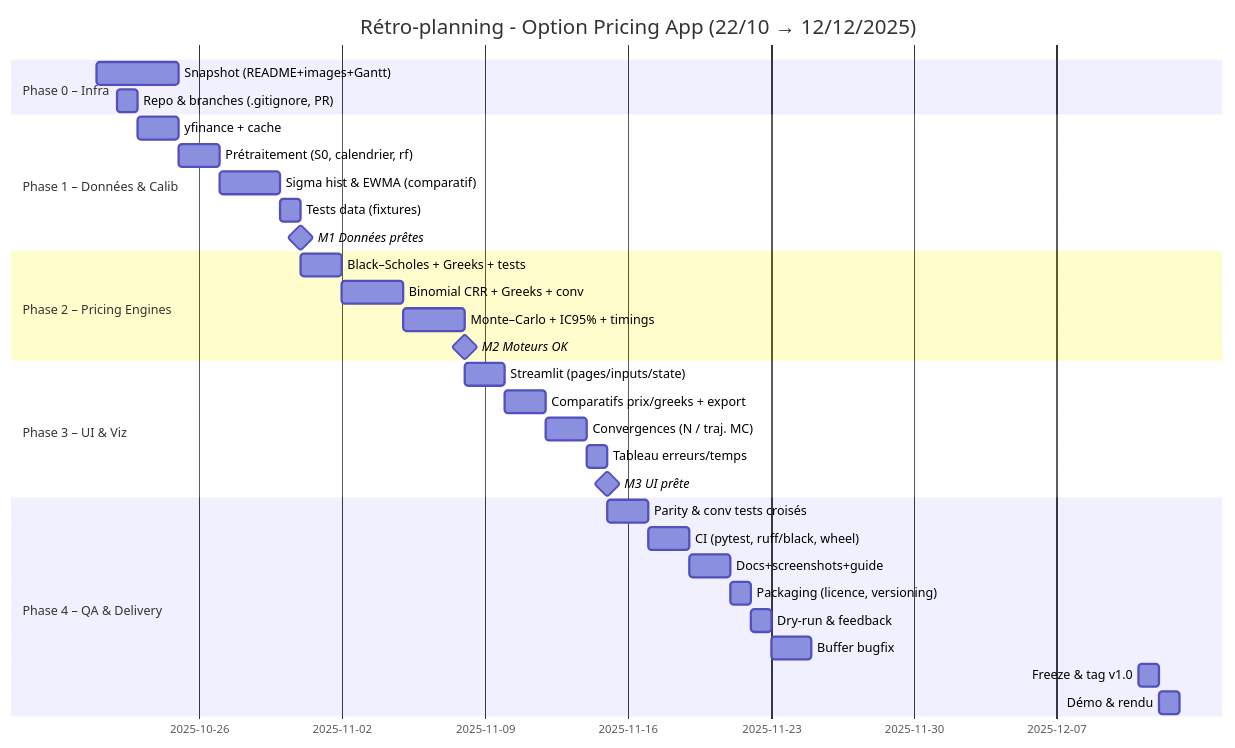
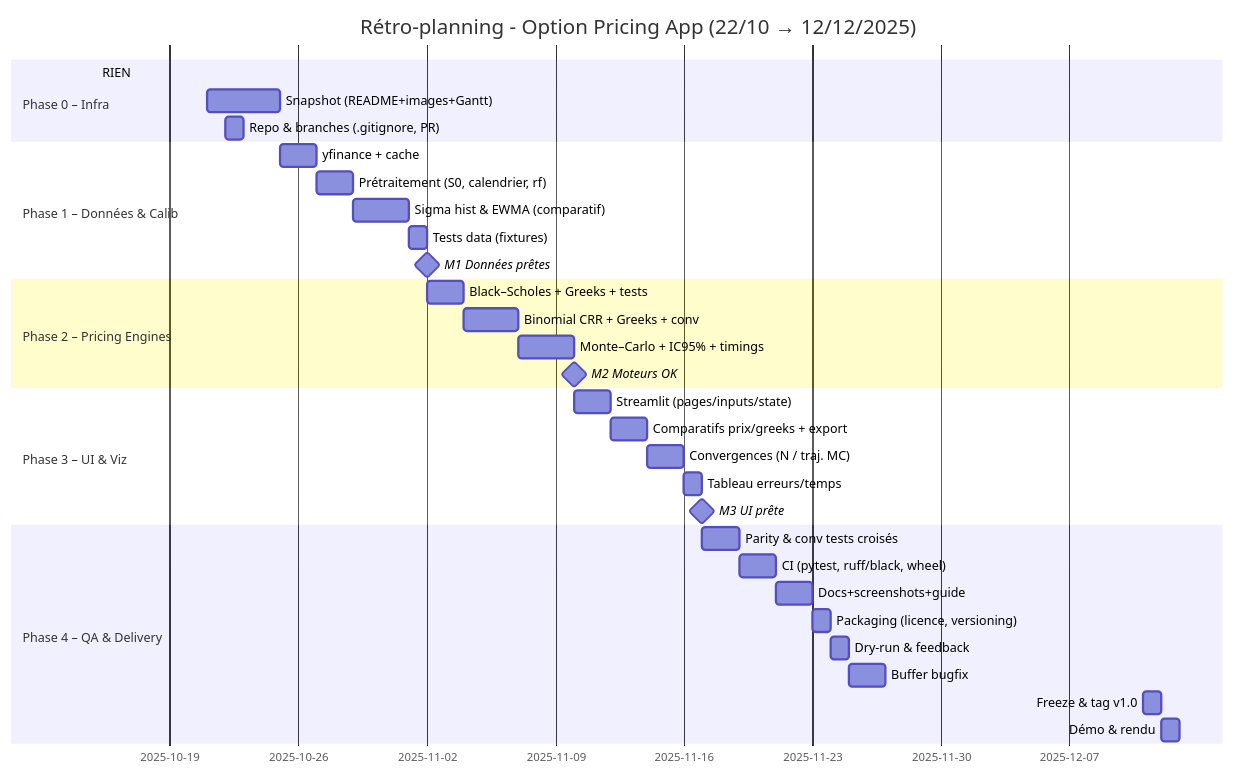
Before and after one commit to Karam-Benameur/stream_options: the diagram in roadmap/Gantt_Diagram.md, drawn with Mermaid.

````diff
--- a/roadmap/Gantt_Diagram.md
+++ b/roadmap/Gantt_Diagram.md
@@ -1,42 +1,43 @@
 ```mermaid
 gantt
     title Rétro-planning - Option Pricing App (22/10 → 12/12/2025)
     dateFormat  YYYY-MM-DD
     %% aucune exclusion -> pas de bandes jaunes
 
     section Phase 0 – Infra
-    Snapshot (README+images+Gantt)      :s1, 2025-10-21, 4d
-    Repo & branches (.gitignore, PR)    :s2, 2025-10-22, 1d
+    RIEN                                :s1, 2025-10-15, 0d
+    Snapshot (README+images+Gantt)      :s2, 2025-10-21, 4d
+    Repo & branches (.gitignore, PR)    :s3, 2025-10-22, 1d
 
     section Phase 1 – Données & Calib
     yfinance + cache                     :d1, after s2, 2d
     Prétraitement (S0, calendrier, rf)   :d2, after d1, 2d
     Sigma hist & EWMA (comparatif)       :d3, after d2, 3d
     Tests data (fixtures)                :d4, after d3, 1d
     M1 Données prêtes                    :milestone, m1, after d4, 0d
 
     section Phase 2 – Pricing Engines
     Black–Scholes + Greeks + tests       :p1, after m1, 2d
     Binomial CRR + Greeks + conv         :p2, after p1, 3d
     Monte–Carlo + IC95% + timings        :p3, after p2, 3d
     M2 Moteurs OK                        :milestone, m2, after p3, 0d
 
     section Phase 3 – UI & Viz
     Streamlit (pages/inputs/state)       :u1, after m2, 2d
     Comparatifs prix/greeks + export     :u2, after u1, 2d
     Convergences (N / traj. MC)          :u3, after u2, 2d
     Tableau erreurs/temps                :u4, after u3, 1d
     M3 UI prête                          :milestone, m3, after u4, 0d
 
     section Phase 4 – QA & Delivery
     Parity & conv tests croisés          :q1, after m3, 2d
     CI (pytest, ruff/black, wheel)       :q2, after q1, 2d
     Docs+screenshots+guide               :q3, after q2, 2d
     Packaging (licence, versioning)      :q4, after q3, 1d
     Dry-run & feedback                   :q5, after q4, 1d
     Buffer bugfix                        :q6, after q5, 2d
     Freeze & tag v1.0                    :rel, 2025-12-11, 1d
     Démo & rendu                         :fin, 2025-12-12, 1d
 
 
 ```
````
